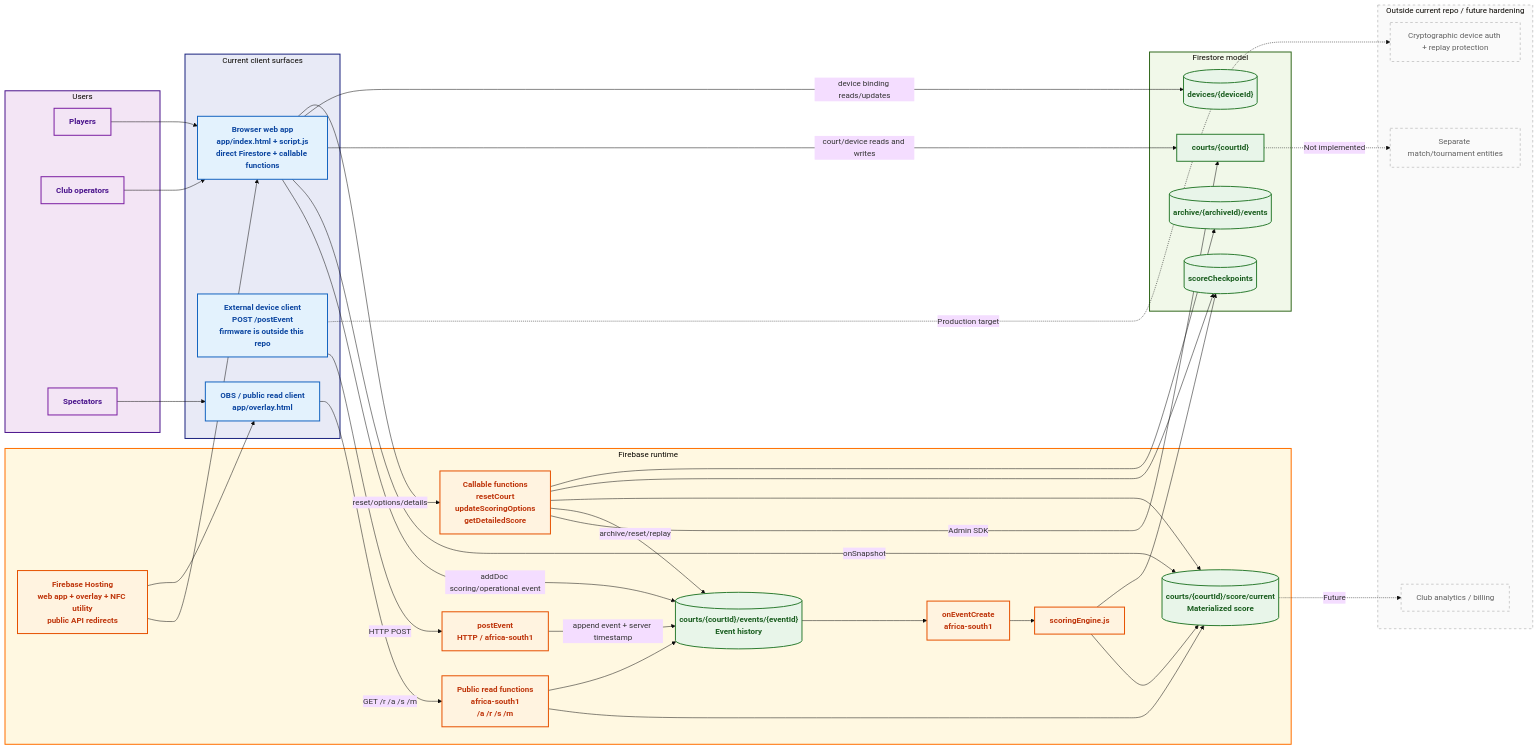
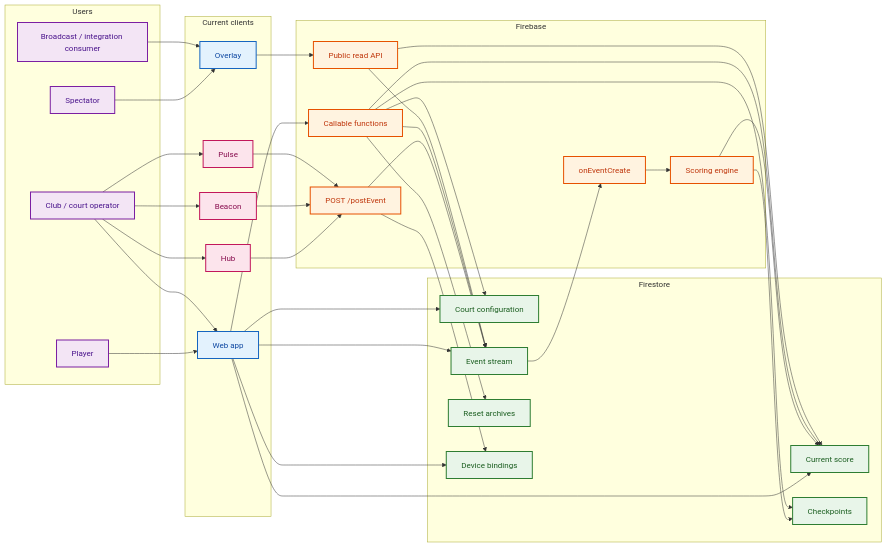
One commit to creepyLANguy/PuntoPrototype changed the diagram in docs/PP_Basic_Flow.mmd. Above: the diagram before and after it, drawn with Mermaid.

Commit message:
docs: update current architecture and Mermaid diagrams

```diff
--- a/docs/PP_Basic_Flow.mmd
+++ b/docs/PP_Basic_Flow.mmd
@@ -1,95 +1,79 @@
----
-config:
-    theme: base
----
+flowchart LR
+    classDef user fill:#F3E5F5,stroke:#7B1FA2,stroke-width:2px,color:#4A148C
+    classDef client fill:#E3F2FD,stroke:#1565C0,stroke-width:2px,color:#0D47A1
+    classDef backend fill:#FFF3E0,stroke:#E65100,stroke-width:2px,color:#BF360C
+    classDef data fill:#E8F5E9,stroke:#2E7D32,stroke-width:2px,color:#1B5E20
+    classDef device fill:#FCE4EC,stroke:#C2185B,stroke-width:2px,color:#880E4F
 
-flowchart LR
-
-    classDef client fill:#E3F2FD,stroke:#1565C0,stroke-width:2px,color:#0D47A1,font-weight:bold;
-    classDef firebase fill:#FFF3E0,stroke:#E65100,stroke-width:2px,color:#BF360C,font-weight:bold;
-    classDef data fill:#E8F5E9,stroke:#2E7D32,stroke-width:2px,color:#1B5E20,font-weight:bold;
-    classDef user fill:#F3E5F5,stroke:#7B1FA2,stroke-width:2px,color:#4A148C,font-weight:bold;
-    classDef future fill:#FAFAFA,stroke:#9E9E9E,stroke-width:1px,stroke-dasharray:5 5,color:#616161;
-
-    subgraph CLIENTS["Current client surfaces"]
-        WebApp["Browser web app<br/>app/index.html + script.js<br/>direct Firestore + callable functions"]
-        Device["External device client<br/>POST /postEvent<br/>firmware is outside this repo"]
-        Overlay["OBS / public read client<br/>app/overlay.html"]
+    subgraph PEOPLE["Users"]
+        PLAYER["Player"]
+        OPERATOR["Club / court operator"]
+        SPECTATOR["Spectator"]
+        BROADCAST["Broadcast / integration consumer"]
     end
 
-    subgraph FIREBASE["Firebase runtime"]
-        Hosting["Firebase Hosting<br/>web app + overlay + NFC utility<br/>public API redirects"]
-        Ingestion["postEvent<br/>HTTP / africa-south1"]
-        Events[("courts/{courtId}/events/{eventId}<br/>Event history")]
-        Trigger["onEventCreate<br/>africa-south1"]
-        Scoring["scoringEngine.js"]
-        LiveState[("courts/{courtId}/score/current<br/>Materialized score")]
-        Callable["Callable functions<br/>resetCourt<br/>updateScoringOptions<br/>getDetailedScore"]
-        PublicAPI["Public read functions<br/>africa-south1<br/>/a /r /s /m"]
+    subgraph CLIENTS["Current clients"]
+        APP["Web app"]
+        HUB["Hub"]
+        BEACON["Beacon"]
+        PULSE["Pulse"]
+        OVERLAY["Overlay"]
     end
 
-    subgraph DATA["Firestore model"]
-        Court["courts/{courtId}"]
-        Checkpoints[("scoreCheckpoints")]
-        Archives[("archive/{archiveId}/events")]
-        Devices[("devices/{deviceId}")]
+    subgraph SERVER["Firebase"]
+        POST["POST /postEvent"]
+        TRIGGER["onEventCreate"]
+        SCORE["Scoring engine"]
+        CALLABLE["Callable functions"]
+        API["Public read API"]
     end
 
-    subgraph USERS["Users"]
-        Player["Players"]
-        Club["Club operators"]
-        Spectator["Spectators"]
+    subgraph DATA["Firestore"]
+        COURT["Court configuration"]
+        EVENTS["Event stream"]
+        LIVE["Current score"]
+        CHECK["Checkpoints"]
+        ARCHIVE["Reset archives"]
+        DEVICES["Device bindings"]
     end
 
-    subgraph FUTURE["Outside current repo / future hardening"]
-        Hmac["Cryptographic device auth + replay protection"]
-        Match["Separate match/tournament entities"]
-        Analytics["Club analytics / billing"]
-    end
+    PLAYER --> APP
+    OPERATOR --> APP
+    OPERATOR --> HUB
+    OPERATOR --> BEACON
+    OPERATOR --> PULSE
+    SPECTATOR --> OVERLAY
+    BROADCAST --> OVERLAY
 
-    Hosting --> WebApp
-    Hosting --> Overlay
+    APP --> COURT
+    APP --> EVENTS
+    APP --> LIVE
+    APP --> CALLABLE
+    APP --> DEVICES
 
-    Player --> WebApp
-    Club --> WebApp
-    Spectator --> Overlay
+    HUB --> POST
+    BEACON --> POST
+    PULSE --> POST
+    POST --> DEVICES
+    POST --> EVENTS
 
-    WebApp -->|"addDoc scoring/operational event"| Events
-    WebApp -->|"onSnapshot"| LiveState
-    WebApp -->|"court/device reads and writes"| Court
-    WebApp -->|"device binding reads/updates"| Devices
-    WebApp -->|"reset/options/details"| Callable
+    EVENTS --> TRIGGER
+    TRIGGER --> SCORE
+    SCORE --> LIVE
+    SCORE --> CHECK
 
-    Device -->|"HTTP POST"| Ingestion
-    Ingestion -->|"append event + server timestamp"| Events
+    CALLABLE --> COURT
+    CALLABLE --> EVENTS
+    CALLABLE --> LIVE
+    CALLABLE --> CHECK
+    CALLABLE --> ARCHIVE
 
-    Events --> Trigger
-    Trigger --> Scoring
-    Scoring --> LiveState
-    Scoring --> Checkpoints
+    OVERLAY --> API
+    API --> LIVE
+    API --> EVENTS
 
-    Callable -->|"Admin SDK"| Court
-    Callable -->|"archive/reset/replay"| Events
-    Callable --> LiveState
-    Callable --> Checkpoints
-    Callable --> Archives
-
-    Overlay -->|"GET /r /a /s /m"| PublicAPI
-    PublicAPI --> LiveState
-    PublicAPI --> Events
-
-    Device -. "Production target" .-> Hmac
-    Court -. "Not implemented" .-> Match
-    LiveState -. "Future" .-> Analytics
-
-    class WebApp,Device,Overlay client
-    class Hosting,Ingestion,Trigger,Scoring,Callable,PublicAPI firebase
-    class Events,LiveState,Court,Checkpoints,Archives,Devices data
-    class Player,Club,Spectator user
-    class Hmac,Match,Analytics future
-
-    style CLIENTS fill:#E8EAF6,stroke:#1A237E,stroke-width:2px;
-    style FIREBASE fill:#FFF8E1,stroke:#FF6F00,stroke-width:2px;
-    style DATA fill:#F1F8E9,stroke:#33691E,stroke-width:2px;
-    style USERS fill:#F3E5F5,stroke:#4A148C,stroke-width:2px;
-    style FUTURE fill:#FAFAFA,stroke:#9E9E9E,stroke-dasharray:5 5;
+    class PLAYER,OPERATOR,SPECTATOR,BROADCAST user
+    class APP,OVERLAY client
+    class HUB,BEACON,PULSE device
+    class POST,TRIGGER,SCORE,CALLABLE,API backend
+    class COURT,EVENTS,LIVE,CHECK,ARCHIVE,DEVICES data
```
